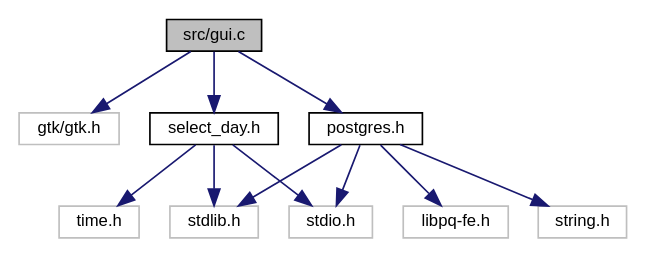
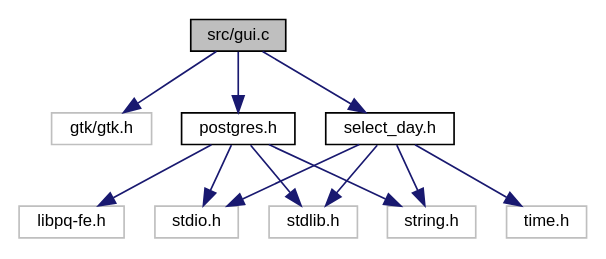
One commit to SebastienKovacs/tiny-todo changed the diagram in docs/rtf/gui_8c__incl.dot. Above: the diagram before and after it, drawn with Graphviz. The commit also changed 93 other files, not shown here.

```diff
--- a/docs/rtf/gui_8c__incl.dot
+++ b/docs/rtf/gui_8c__incl.dot
@@ -1,24 +1,25 @@
 digraph "src/gui.c"
 {
   edge [fontname="Helvetica",fontsize="10",labelfontname="Helvetica",labelfontsize="10"];
   node [fontname="Helvetica",fontsize="10",shape=record];
   Node0 [label="src/gui.c",height=0.2,width=0.4,color="black", fillcolor="grey75", style="filled", fontcolor="black"];
   Node0 -> Node1 [color="midnightblue",fontsize="10",style="solid",fontname="Helvetica"];
   Node1 [label="gtk/gtk.h",height=0.2,width=0.4,color="grey75", fillcolor="white", style="filled"];
   Node0 -> Node2 [color="midnightblue",fontsize="10",style="solid",fontname="Helvetica"];
   Node2 [label="select_day.h",height=0.2,width=0.4,color="black", fillcolor="white", style="filled",URL="$select__day_8h.html"];
   Node2 -> Node3 [color="midnightblue",fontsize="10",style="solid",fontname="Helvetica"];
   Node3 [label="stdio.h",height=0.2,width=0.4,color="grey75", fillcolor="white", style="filled"];
   Node2 -> Node4 [color="midnightblue",fontsize="10",style="solid",fontname="Helvetica"];
   Node4 [label="stdlib.h",height=0.2,width=0.4,color="grey75", fillcolor="white", style="filled"];
   Node2 -> Node5 [color="midnightblue",fontsize="10",style="solid",fontname="Helvetica"];
   Node5 [label="time.h",height=0.2,width=0.4,color="grey75", fillcolor="white", style="filled"];
-  Node0 -> Node6 [color="midnightblue",fontsize="10",style="solid",fontname="Helvetica"];
-  Node6 [label="postgres.h",height=0.2,width=0.4,color="black", fillcolor="white", style="filled",URL="$postgres_8h.html"];
-  Node6 -> Node3 [color="midnightblue",fontsize="10",style="solid",fontname="Helvetica"];
-  Node6 -> Node4 [color="midnightblue",fontsize="10",style="solid",fontname="Helvetica"];
-  Node6 -> Node7 [color="midnightblue",fontsize="10",style="solid",fontname="Helvetica"];
-  Node7 [label="string.h",height=0.2,width=0.4,color="grey75", fillcolor="white", style="filled"];
-  Node6 -> Node8 [color="midnightblue",fontsize="10",style="solid",fontname="Helvetica"];
+  Node2 -> Node6 [color="midnightblue",fontsize="10",style="solid",fontname="Helvetica"];
+  Node6 [label="string.h",height=0.2,width=0.4,color="grey75", fillcolor="white", style="filled"];
+  Node0 -> Node7 [color="midnightblue",fontsize="10",style="solid",fontname="Helvetica"];
+  Node7 [label="postgres.h",height=0.2,width=0.4,color="black", fillcolor="white", style="filled",URL="$postgres_8h.html"];
+  Node7 -> Node3 [color="midnightblue",fontsize="10",style="solid",fontname="Helvetica"];
+  Node7 -> Node4 [color="midnightblue",fontsize="10",style="solid",fontname="Helvetica"];
+  Node7 -> Node6 [color="midnightblue",fontsize="10",style="solid",fontname="Helvetica"];
+  Node7 -> Node8 [color="midnightblue",fontsize="10",style="solid",fontname="Helvetica"];
   Node8 [label="libpq-fe.h",height=0.2,width=0.4,color="grey75", fillcolor="white", style="filled"];
 }
```
